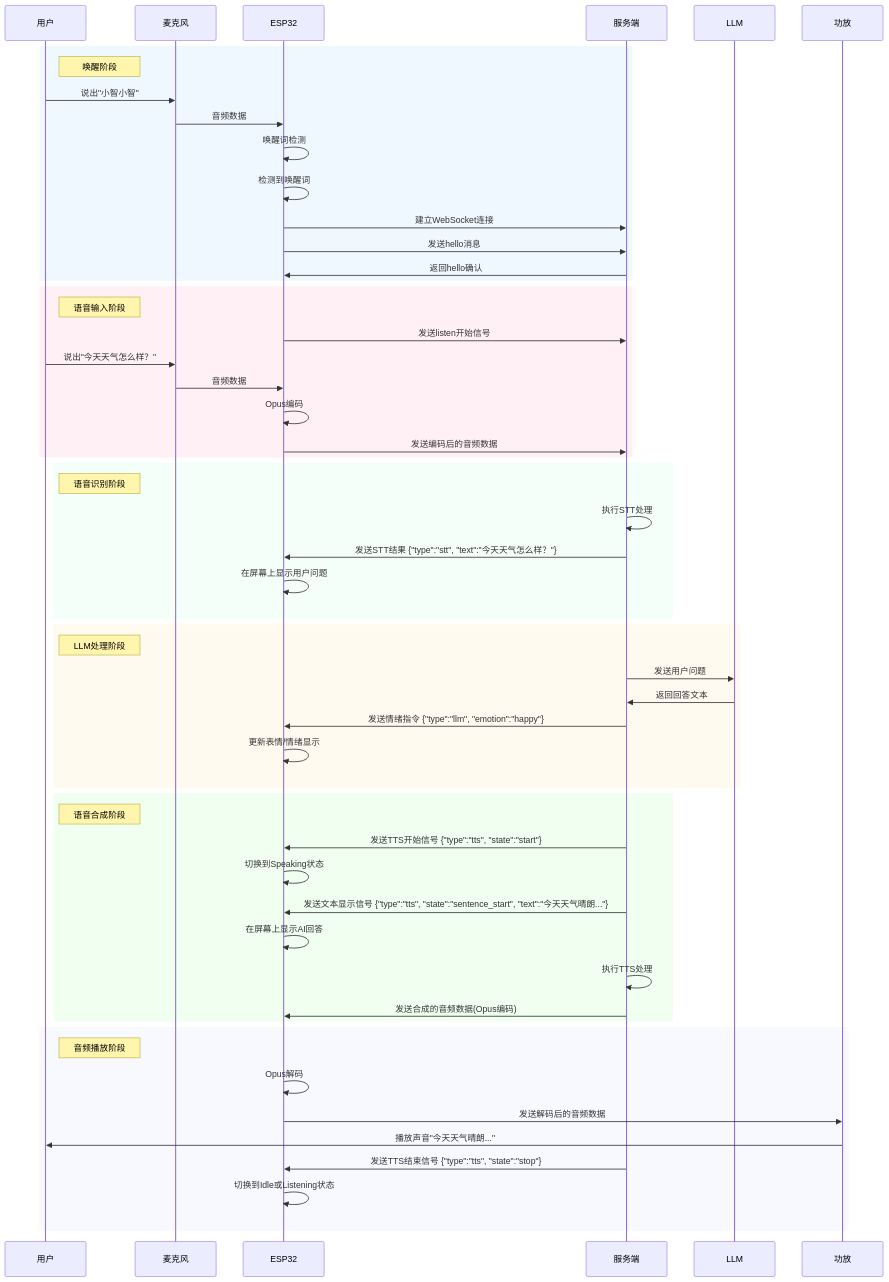
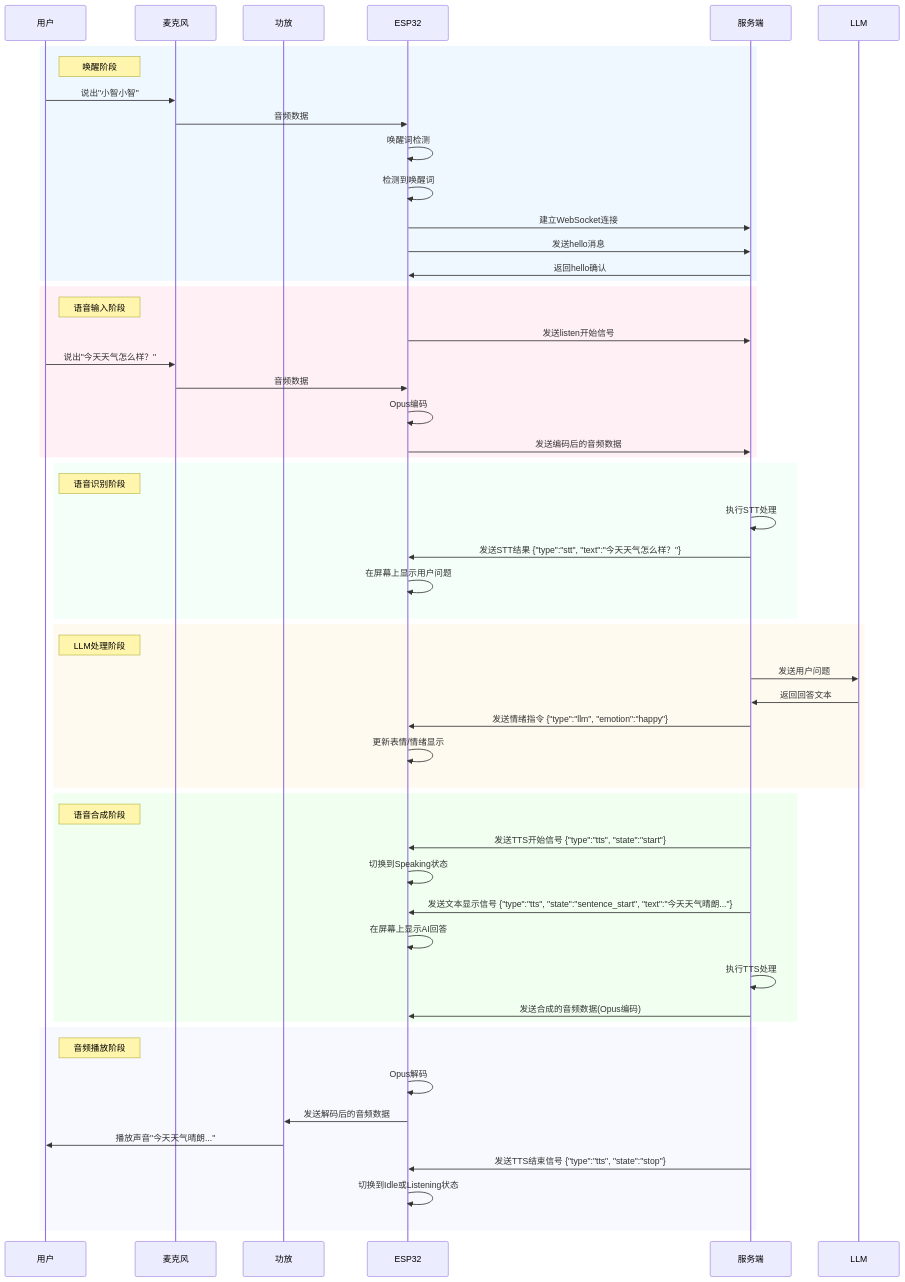
Before and after one commit to shenjingnan/xiaozhi-ai-demo: the second of 2 diagrams in README.md, drawn with Mermaid. The commit also changed other lines of this file, not shown here.

````diff
--- a/README.md
+++ b/README.md
@@ -5,63 +35,63 @@
 ```mermaid
 sequenceDiagram
     participant 用户
     participant 麦克风
+    participant 功放
     participant ESP32
     participant 服务端
     participant LLM
-    participant 功放
-    
+
     rect rgb(240, 248, 255)
     note right of 用户: 唤醒阶段
     用户->>麦克风: 说出"小智小智"
     麦克风->>ESP32: 音频数据
     ESP32->>ESP32: 唤醒词检测
     ESP32->>ESP32: 检测到唤醒词
     ESP32->>服务端: 建立WebSocket连接
     ESP32->>服务端: 发送hello消息
     服务端->>ESP32: 返回hello确认
     end
-    
+
     rect rgb(255, 240, 245)
     note right of 用户: 语音输入阶段
     ESP32->>服务端: 发送listen开始信号
     用户->>麦克风: 说出"今天天气怎么样？"
     麦克风->>ESP32: 音频数据
     ESP32->>ESP32: Opus编码
     ESP32->>服务端: 发送编码后的音频数据
     end
-    
+
     rect rgb(245, 255, 250)
     note right of 用户: 语音识别阶段
     服务端->>服务端: 执行STT处理
     服务端->>ESP32: 发送STT结果 {"type":"stt", "text":"今天天气怎么样？"}
     ESP32->>ESP32: 在屏幕上显示用户问题
     end
-    
+
     rect rgb(255, 250, 240)
     note right of 用户: LLM处理阶段
     服务端->>LLM: 发送用户问题
     LLM->>服务端: 返回回答文本
     服务端->>ESP32: 发送情绪指令 {"type":"llm", "emotion":"happy"}
     ESP32->>ESP32: 更新表情/情绪显示
     end
-    
+
     rect rgb(240, 255, 240)
     note right of 用户: 语音合成阶段
     服务端->>ESP32: 发送TTS开始信号 {"type":"tts", "state":"start"}
     ESP32->>ESP32: 切换到Speaking状态
     服务端->>ESP32: 发送文本显示信号 {"type":"tts", "state":"sentence_start", "text":"今天天气晴朗..."}
     ESP32->>ESP32: 在屏幕上显示AI回答
     服务端->>服务端: 执行TTS处理
     服务端->>ESP32: 发送合成的音频数据(Opus编码)
     end
-    
+
     rect rgb(248, 248, 255)
     note right of 用户: 音频播放阶段
     ESP32->>ESP32: Opus解码
     ESP32->>功放: 发送解码后的音频数据
     功放->>用户: 播放声音"今天天气晴朗..."
     服务端->>ESP32: 发送TTS结束信号 {"type":"tts", "state":"stop"}
     ESP32->>ESP32: 切换到Idle或Listening状态
     end
 ```
````
